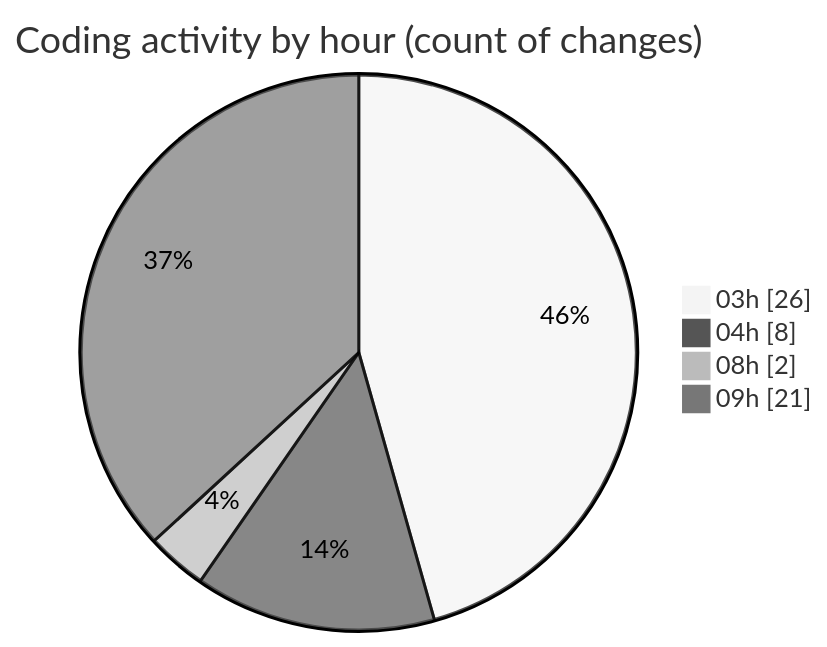
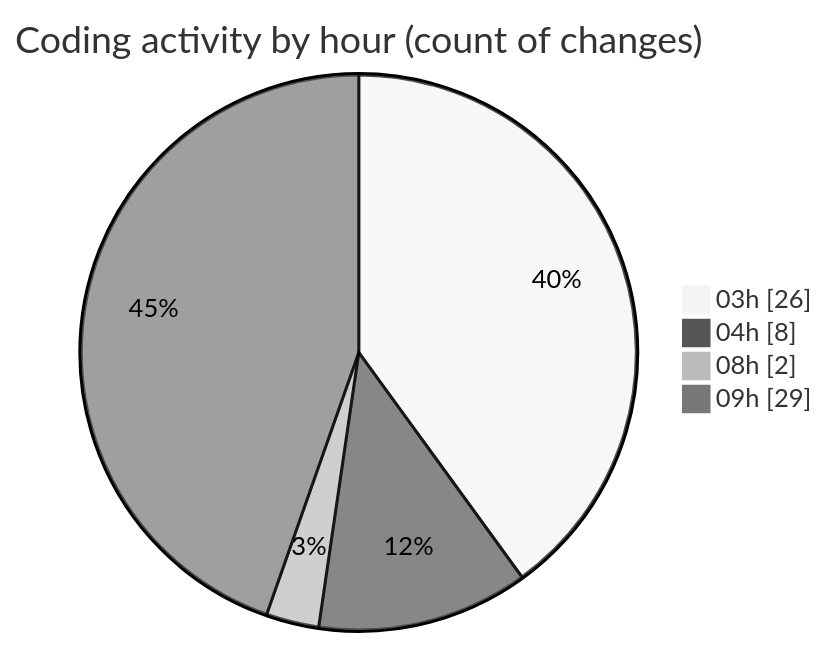
The second of 2 diagrams in 2025-06-20/modeljsondesigner/README.md (JenPaints/code-tracking), drawn with Mermaid (neutral theme) before and after one commit. The commit also changed other lines of this file and 1 other file, not shown here.

````diff
--- a/2025-06-20/modeljsondesigner/README.md
+++ b/2025-06-20/modeljsondesigner/README.md
@@ -46,8 +46,8 @@
 ```mermaid
 pie showData
 title Coding activity by hour (count of changes)
 "03h" : 26
 "04h" : 8
 "08h" : 2
-"09h" : 21
+"09h" : 29
 ```
````
